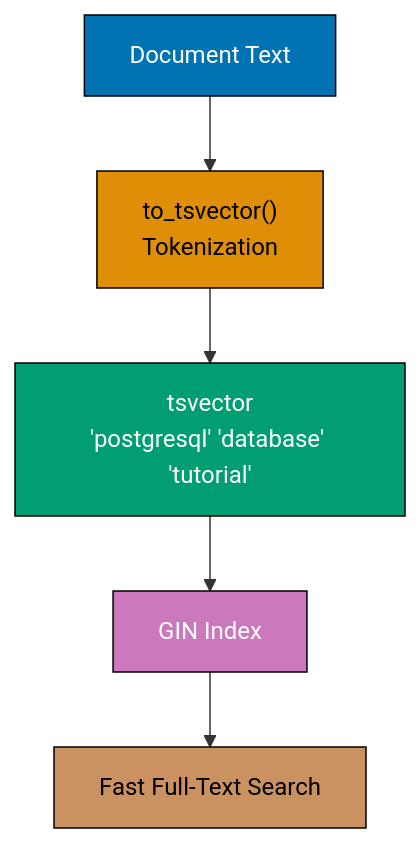
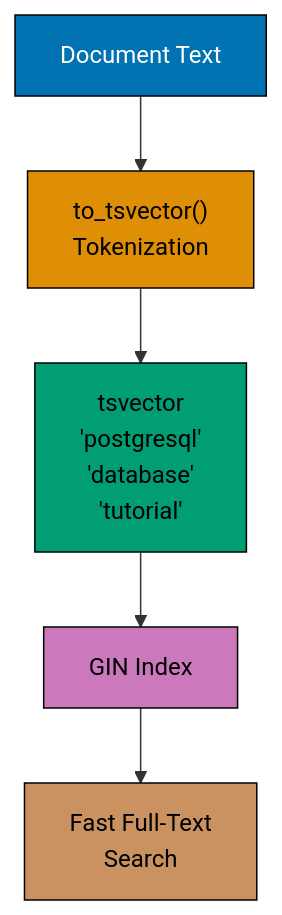
One commit to wahidyankf/ose-public changed the first of 10 diagrams in apps/ayokoding-www/content/en/learn/legacy/software-engineering/data/databases/postgresql/by-example/advanced.md. Above: the diagram before and after it, drawn with Mermaid. The commit also changed other lines of this file and 131 other files, not shown here.

First line of the commit message:
fix(mermaid): bring the legacy data, infrastructure, and testing diagrams onto the accessible palette

````diff
--- a/apps/ayokoding-www/content/en/learn/legacy/software-engineering/data/databases/postgresql/by-example/advanced.md
+++ b/apps/ayokoding-www/content/en/learn/legacy/software-engineering/data/databases/postgresql/by-example/advanced.md
@@ -18,20 +18,28 @@
 ```mermaid
 %% Color Palette: Blue #0173B2, Orange #DE8F05, Teal #029E73, Purple #CC78BC, Brown #CA9161
 graph TD
+    accTitle: Example 61: GIN Indexes for Full-Text Search
+    accDescr: Graph with 5 nodes and 4 connections. Nodes: Document Text, to_tsvector() Tokenization, tsvector postgresql database tutorial, GIN Index, Fast Full-Text Search. Connections: Document Text to to_tsvector() Tokenization, to_tsvector() Tokenization to tsvector postgresql database tutorial, tsvector postgresql database tutorial to GIN Index, GIN Index to Fast Full-Text Search.
     A["Document Text"]
     B["to_tsvector()<br/>Tokenization"]
-    C["tsvector<br/>'postgresql' 'database' 'tutorial'"]
+    C["tsvector<br/>'postgresql'<br/>'database'<br/>'tutorial'"]
     D["GIN Index"]
-    E["Fast Full-Text Search"]
+    E["Fast Full-Text<br/>Search"]
 
     A --> B
     B --> C
     C --> D
     D --> E
 
-    style A fill:#0173B2,stroke:#000,color:#fff
-    style B fill:#DE8F05,stroke:#000,color:#000
-    style C fill:#029E73,stroke:#000,color:#fff
-    style D fill:#CC78BC,stroke:#000,color:#fff
-    style E fill:#CA9161,stroke:#000,color:#000
+    classDef pal-0173B2 fill:#0173B2,stroke:#000000,color:#FFFFFF
+    class A pal-0173B2
+    classDef pal-DE8F05 fill:#DE8F05,stroke:#000000,color:#000000
+    class B pal-DE8F05
+    classDef pal-029E73 fill:#029E73,stroke:#000000,color:#000000
+    class C pal-029E73
+    classDef pal-CC78BC fill:#CC78BC,stroke:#000000,color:#000000
+    class D pal-CC78BC
+    classDef pal-CA9161 fill:#CA9161,stroke:#000000,color:#000000
+    class E pal-CA9161
+    classDef default fill:#FFFFFF,stroke:#000000,color:#000000
 ```
````
